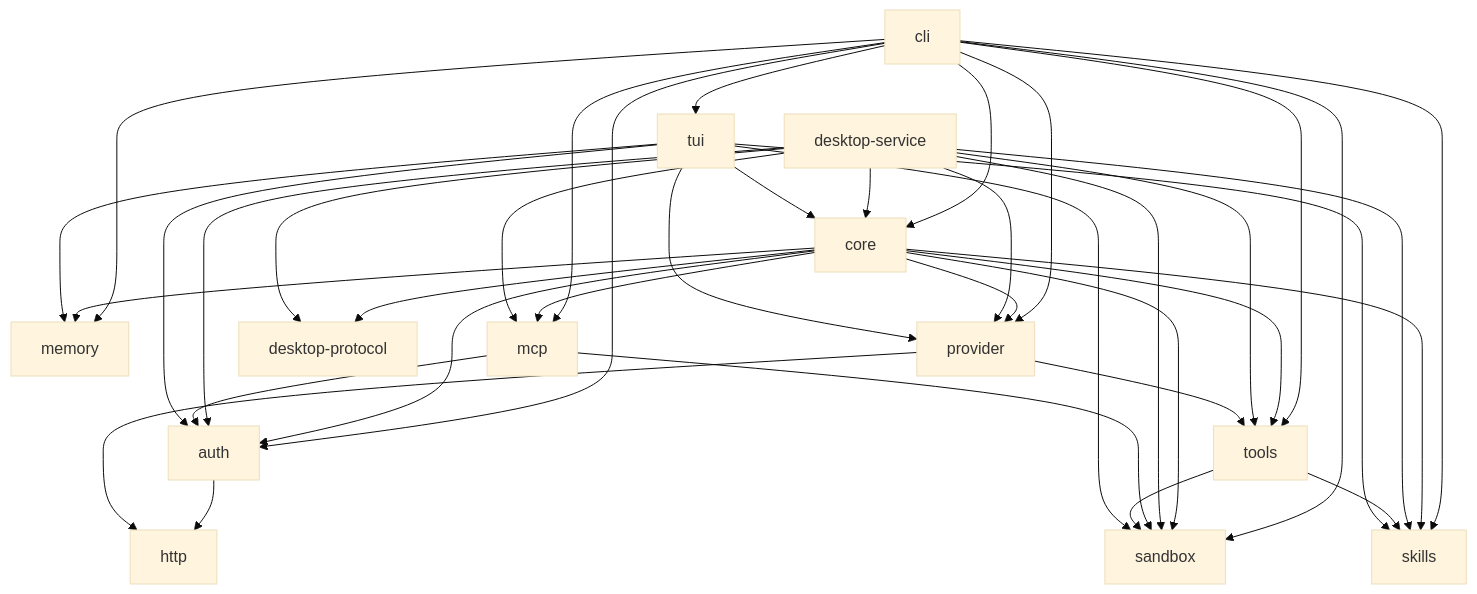
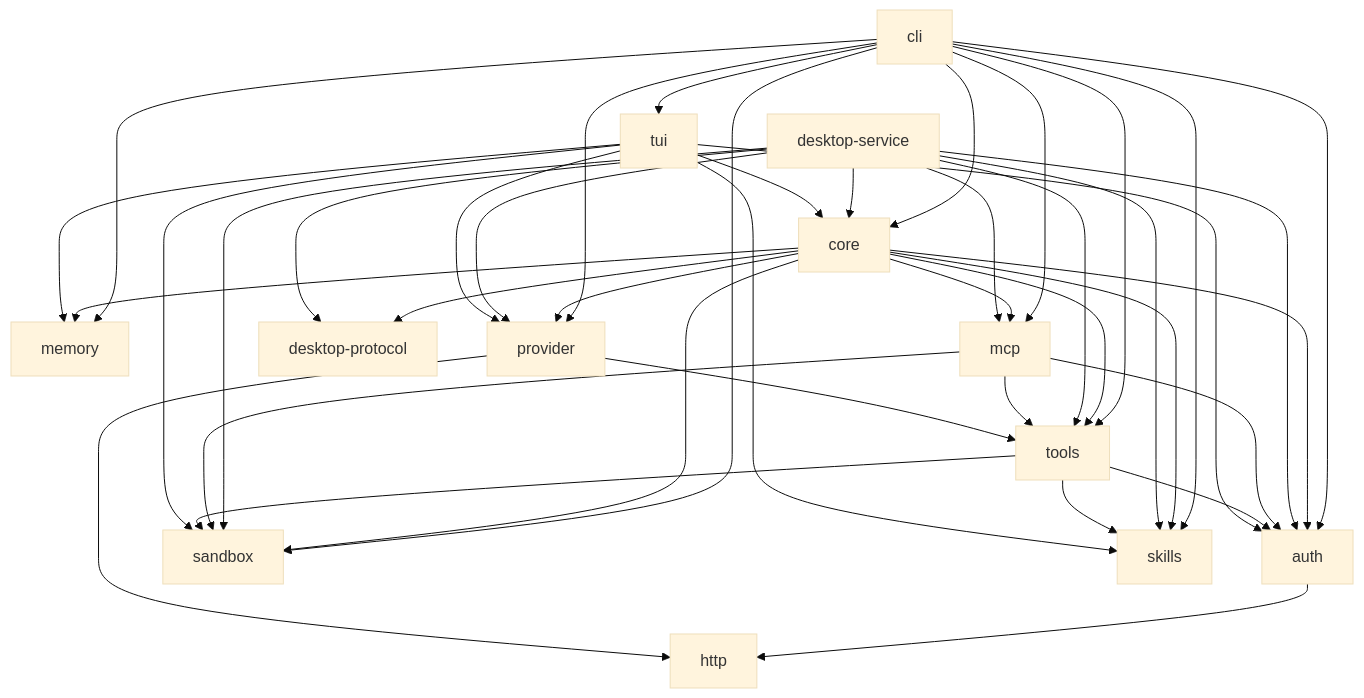
One commit to 4ltena/polaris changed the diagram in docs/architecture.md. Above: the diagram before and after it, drawn with Mermaid (base theme). The commit also changed other lines of this file and 11 other files, not shown here.

First line of the commit message:
chore: preserve restored architecture and platform probes

````diff
--- a/docs/architecture.md
+++ b/docs/architecture.md
@@ -13,41 +13,43 @@
 ```mermaid
 graph TD
   auth --> http
   cli --> memory
   cli --> auth
   cli --> core
   cli --> mcp
   cli --> provider
   cli --> sandbox
   cli --> skills
   cli --> tools
   cli --> tui
   core --> auth
   core --> desktop-protocol
   core --> provider
   core --> memory
   core --> mcp
   core --> sandbox
   core --> skills
   core --> tools
   desktop-service --> auth
   desktop-service --> tools
   desktop-service --> sandbox
   desktop-service --> mcp
   desktop-service --> skills
   desktop-service --> core
   desktop-service --> provider
   desktop-service --> desktop-protocol
+  mcp --> tools
   mcp --> auth
   mcp --> sandbox
   provider --> tools
   provider --> http
+  tools --> auth
   tools --> sandbox
   tools --> skills
   tui --> memory
   tui --> auth
   tui --> core
   tui --> provider
   tui --> sandbox
   tui --> skills
 ```
````
